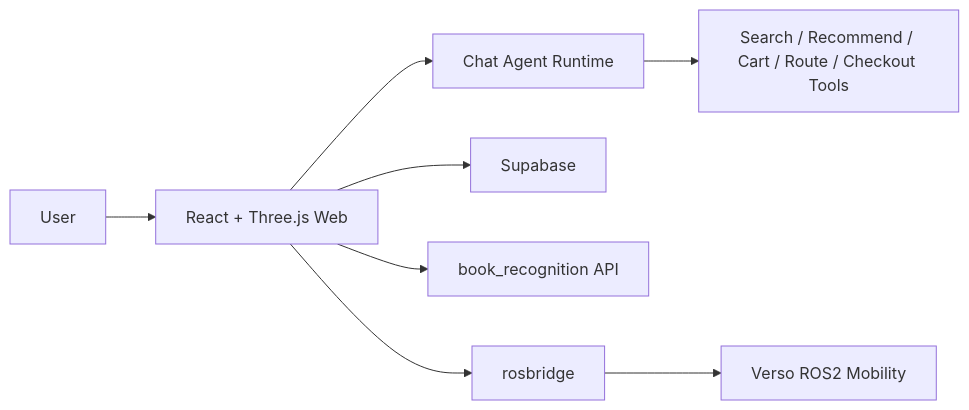
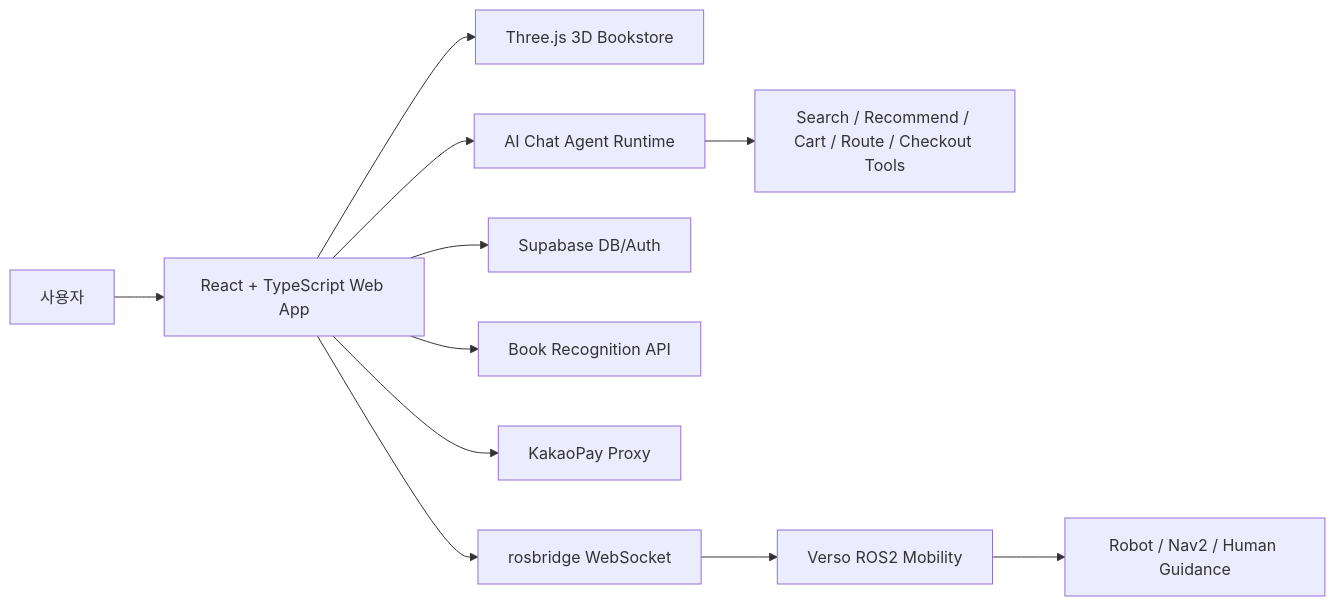
Before and after one commit to choichanwoo001/BookJukBookJuk_WEB: the diagram in README.md, drawn with Mermaid. The commit also changed other lines of this file and 8 other files, not shown here.

````diff
--- a/README.md
+++ b/README.md
@@ -61,10 +84,13 @@
 ```mermaid
 flowchart LR
-  User["User"] --> Frontend["React + Three.js Web"]
-  Frontend --> Agent["Chat Agent Runtime"]
+  User["사용자"] --> Web["React + TypeScript Web App"]
+  Web --> Three["Three.js 3D Bookstore"]
+  Web --> Agent["AI Chat Agent Runtime"]
   Agent --> Tools["Search / Recommend / Cart / Route / Checkout Tools"]
-  Frontend --> Supabase["Supabase"]
-  Frontend --> BookAPI["book_recognition API"]
-  Frontend --> Rosbridge["rosbridge"]
-  Rosbridge --> Verso["Verso ROS2 Mobility"]
+  Web --> Supabase["Supabase DB/Auth"]
+  Web --> Recognition["Book Recognition API"]
+  Web --> Pay["KakaoPay Proxy"]
+  Web --> Rosbridge["rosbridge WebSocket"]
+  Rosbridge --> ROS2["Verso ROS2 Mobility"]
+  ROS2 --> Robot["Robot / Nav2 / Human Guidance"]
 ```
````
